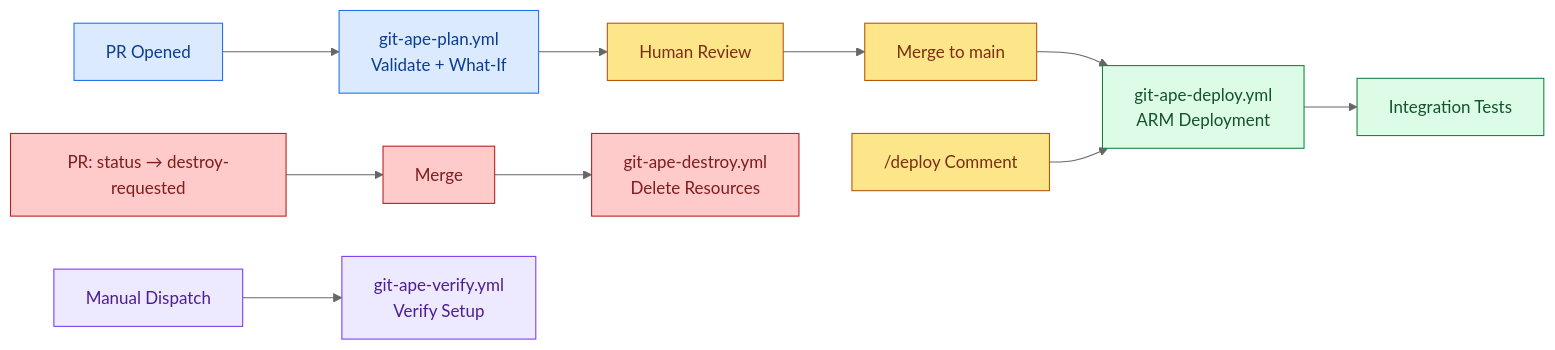
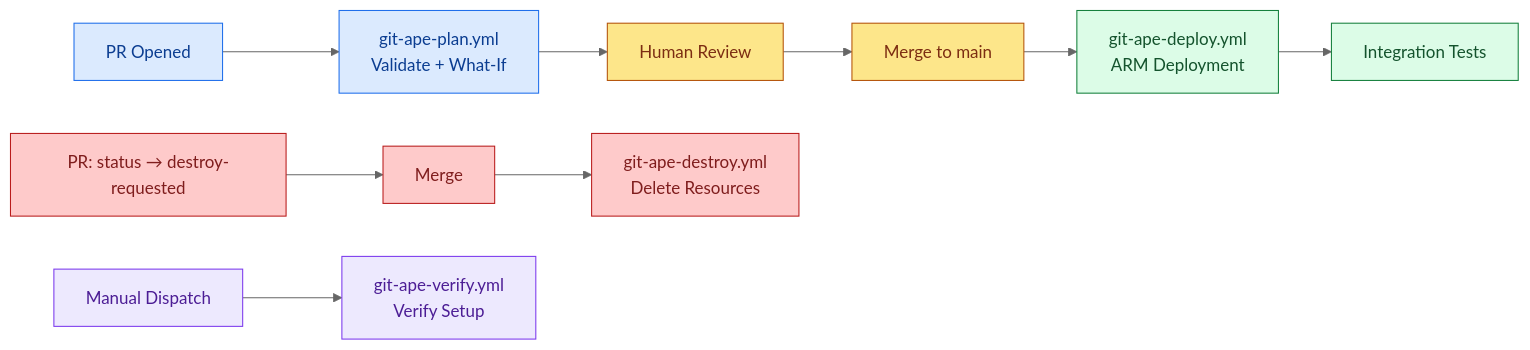
One commit to Spencerx/git-ape changed the diagram in website/docs/workflows/overview.md. Above: the diagram before and after it, drawn with Mermaid (neutral theme). The commit also changed other lines of this file and 16 other files, not shown here.

Commit message:
docs: drop /deploy comment trigger references

````diff
--- a/website/docs/workflows/overview.md
+++ b/website/docs/workflows/overview.md
@@ -48,26 +48,24 @@
 ```mermaid
 graph LR
     PR["PR Opened"] --> Plan["git-ape-plan.yml<br/>Validate + What-If"]
     Plan --> Review["Human Review"]
     Review --> Merge["Merge to main"]
     Merge --> Deploy["git-ape-deploy.yml<br/>ARM Deployment"]
     Deploy --> Test["Integration Tests"]
-
-    Comment["/deploy Comment"] --> Deploy
 
     Destroy["PR: status → destroy-requested"] --> DestroyMerge["Merge"]
     DestroyMerge --> DestroyWF["git-ape-destroy.yml<br/>Delete Resources"]
 
     Manual["Manual Dispatch"] --> Verify["git-ape-verify.yml<br/>Verify Setup"]
 
     classDef plan fill:#dbeafe,stroke:#1f6feb,stroke-width:1px,color:#0b3d91
     classDef review fill:#fde68a,stroke:#b45309,stroke-width:1px,color:#7c2d12
     classDef deploy fill:#dcfce7,stroke:#15803d,stroke-width:1px,color:#14532d
     classDef destroy fill:#fecaca,stroke:#b91c1c,stroke-width:1px,color:#7f1d1d
     classDef verify fill:#ede9fe,stroke:#7c3aed,stroke-width:1px,color:#4c1d95
     class PR,Plan plan
-    class Review,Merge,Comment review
+    class Review,Merge review
     class Deploy,Test deploy
     class Destroy,DestroyMerge,DestroyWF destroy
     class Manual,Verify verify
 ```
````
